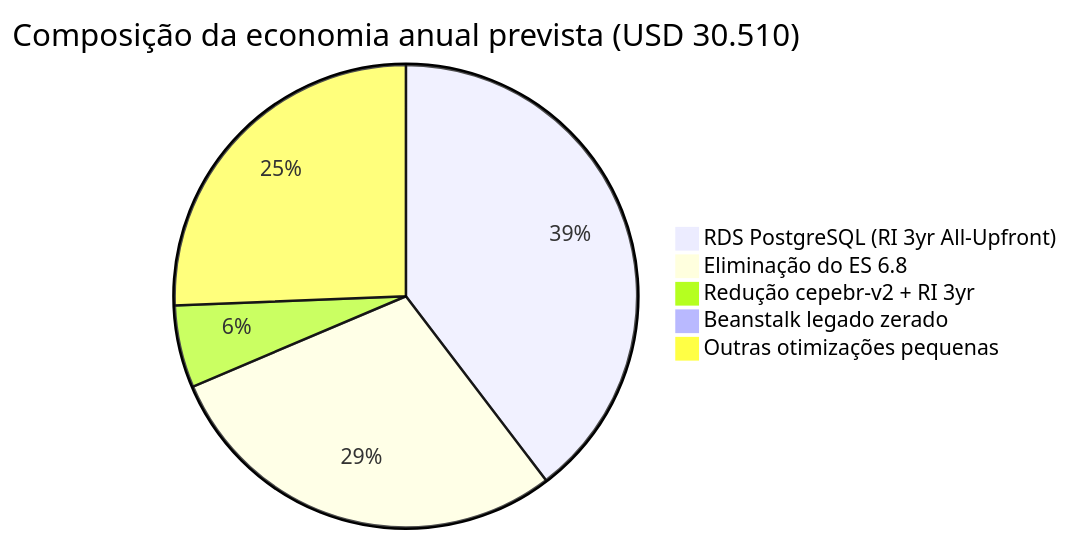
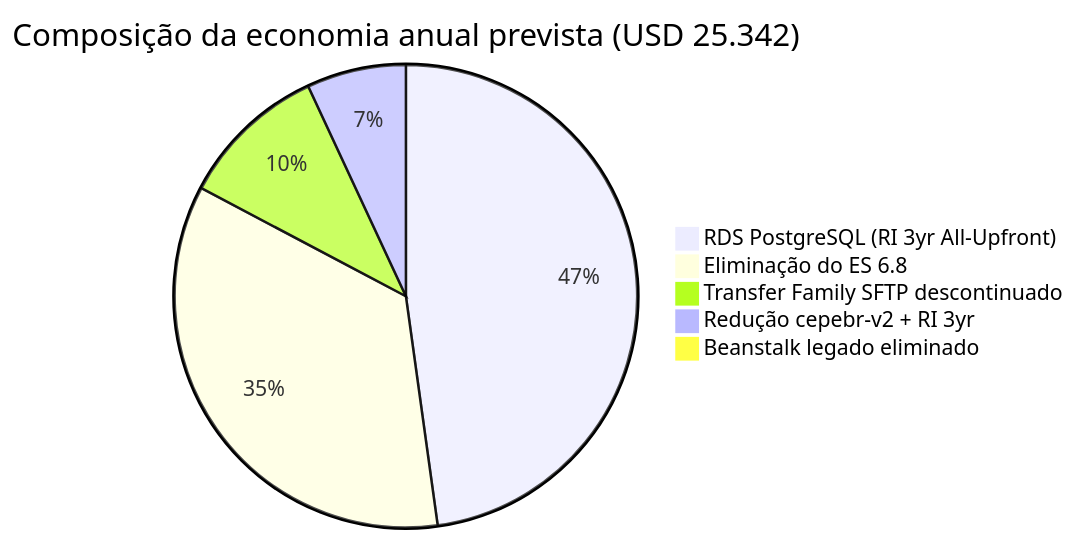
The fifth of 7 diagrams in OTIMIZACAO_INFRA_AWS_2026.md (fparanhos/cepedoc-docs), drawn with Mermaid before and after one commit. The commit also changed other lines of this file, not shown here.

First line of the commit message:
docs: Transfer Family deletado + redução cepebr-v2 disparada + números atualizados

````diff
--- a/OTIMIZACAO_INFRA_AWS_2026.md
+++ b/OTIMIZACAO_INFRA_AWS_2026.md
@@ -180,8 +198,8 @@
 ```mermaid
-pie title Composição da economia anual prevista (USD 30.510)
+pie title Composição da economia anual prevista (USD 25.342)
     "RDS PostgreSQL (RI 3yr All-Upfront)" : 12000
     "Eliminação do ES 6.8" : 8770
+    "Transfer Family SFTP descontinuado" : 2592
     "Redução cepebr-v2 + RI 3yr" : 1740
-    "Beanstalk legado zerado" : 240
-    "Outras otimizações pequenas" : 7760
+    "Beanstalk legado eliminado" : 240
 ```
````
